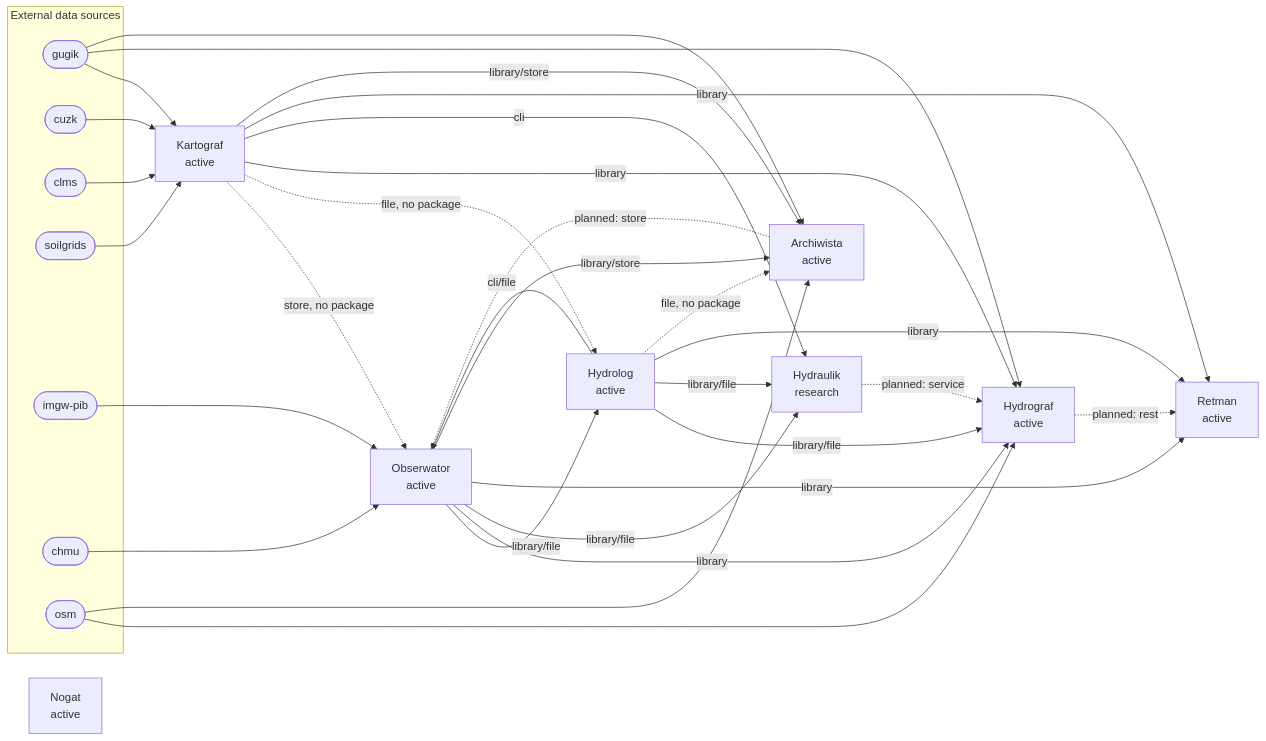
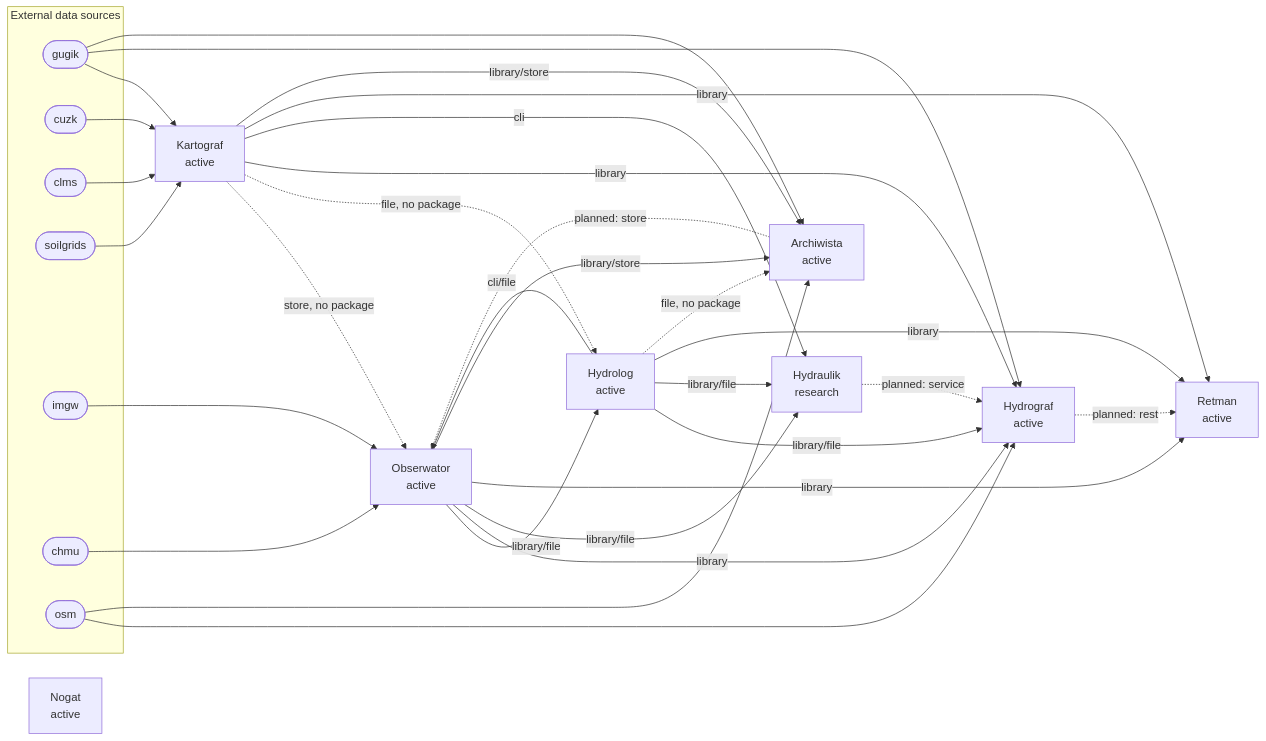
The diagram in docs/ECOSYSTEM_MAP.md (Daldek/Nogat), drawn with Mermaid before and after one commit. The commit also changed 6 other files, not shown here.

Commit message:
docs(standards): IMGW-PIB is imgw in identifiers (ECO-082, DEV-2.5, DEV-19.21)

````diff
--- a/docs/ECOSYSTEM_MAP.md
+++ b/docs/ECOSYSTEM_MAP.md
@@ -15,49 +15,49 @@
 ```mermaid
 flowchart LR
   Nogat["Nogat<br/>active"]
   Kartograf["Kartograf<br/>active"]
   Obserwator["Obserwator<br/>active"]
   Hydrolog["Hydrolog<br/>active"]
   Hydrograf["Hydrograf<br/>active"]
   Hydraulik["Hydraulik<br/>research"]
   Retman["Retman<br/>active"]
   Archiwista["Archiwista<br/>active"]
   subgraph external[External data sources]
     src_gugik(["gugik"])
     src_cuzk(["cuzk"])
     src_clms(["clms"])
     src_soilgrids(["soilgrids"])
-    src_imgw_pib(["imgw-pib"])
+    src_imgw(["imgw"])
     src_chmu(["chmu"])
     src_osm(["osm"])
   end
   src_gugik --> Kartograf
   src_cuzk --> Kartograf
   src_clms --> Kartograf
   src_soilgrids --> Kartograf
-  src_imgw_pib --> Obserwator
+  src_imgw --> Obserwator
   src_chmu --> Obserwator
   src_gugik --> Hydrograf
   src_osm --> Hydrograf
   src_gugik --> Archiwista
   src_osm --> Archiwista
   Kartograf -. store, no package .-> Obserwator
   Archiwista -. planned: store .-> Obserwator
   Hydrolog -- cli/file --> Obserwator
   Obserwator -- library/file --> Hydrolog
   Kartograf -. file, no package .-> Hydrolog
   Kartograf -- library --> Hydrograf
   Hydrolog -- library/file --> Hydrograf
   Obserwator -- library --> Hydrograf
   Hydraulik -. planned: service .-> Hydrograf
   Kartograf -- cli --> Hydraulik
   Obserwator -- library/file --> Hydraulik
   Hydrolog -- library/file --> Hydraulik
   Kartograf -- library --> Retman
   Obserwator -- library --> Retman
   Hydrolog -- library --> Retman
   Hydrograf -. planned: rest .-> Retman
   Kartograf -- library/store --> Archiwista
   Obserwator -- library/store --> Archiwista
   Hydrolog -. file, no package .-> Archiwista
 ```
````
